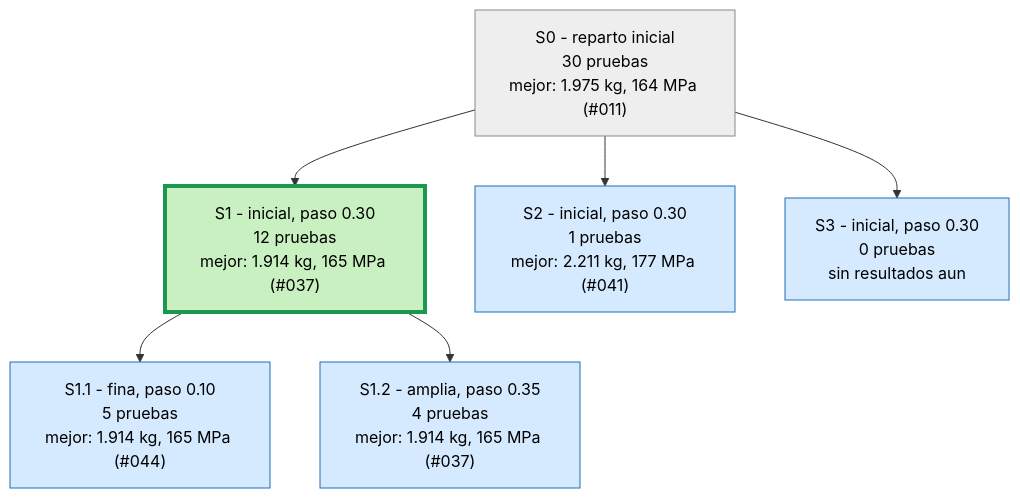
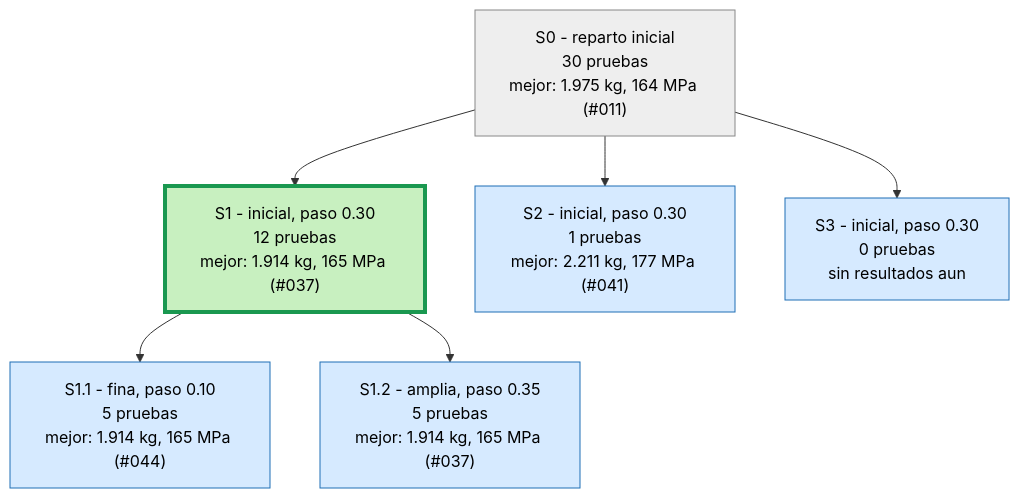
The first of 4 diagrams in runs/opt_37800N/ARBOL.md (Hugiko/msd-soporte-optimizacion), drawn with Mermaid before and after one commit. The commit also changed 19 other files, not shown here.

````diff
--- a/runs/opt_37800N/ARBOL.md
+++ b/runs/opt_37800N/ARBOL.md
@@ -9,17 +9,17 @@
 ```mermaid
 graph TD
 classDef activa fill:#d6eaff,stroke:#1f6fb5,color:#000
 classDef fin fill:#eeeeee,stroke:#888,color:#000
 classDef mejor fill:#c8f0c0,stroke:#1a9850,stroke-width:4px,color:#000
 S0["S0 - reparto inicial<br/>30 pruebas<br/>mejor: 1.975 kg, 164 MPa (#011)"]:::fin
 S1["S1 - inicial, paso 0.30<br/>12 pruebas<br/>mejor: 1.914 kg, 165 MPa (#037)"]:::mejor
 S0 --> S1
 S2["S2 - inicial, paso 0.30<br/>1 pruebas<br/>mejor: 2.211 kg, 177 MPa (#041)"]:::activa
 S0 --> S2
 S3["S3 - inicial, paso 0.30<br/>0 pruebas<br/>sin resultados aun"]:::activa
 S0 --> S3
 S1_1["S1.1 - fina, paso 0.10<br/>5 pruebas<br/>mejor: 1.914 kg, 165 MPa (#044)"]:::activa
 S1 --> S1_1
-S1_2["S1.2 - amplia, paso 0.35<br/>4 pruebas<br/>mejor: 1.914 kg, 165 MPa (#037)"]:::activa
+S1_2["S1.2 - amplia, paso 0.35<br/>5 pruebas<br/>mejor: 1.914 kg, 165 MPa (#037)"]:::activa
 S1 --> S1_2
 ```
````
